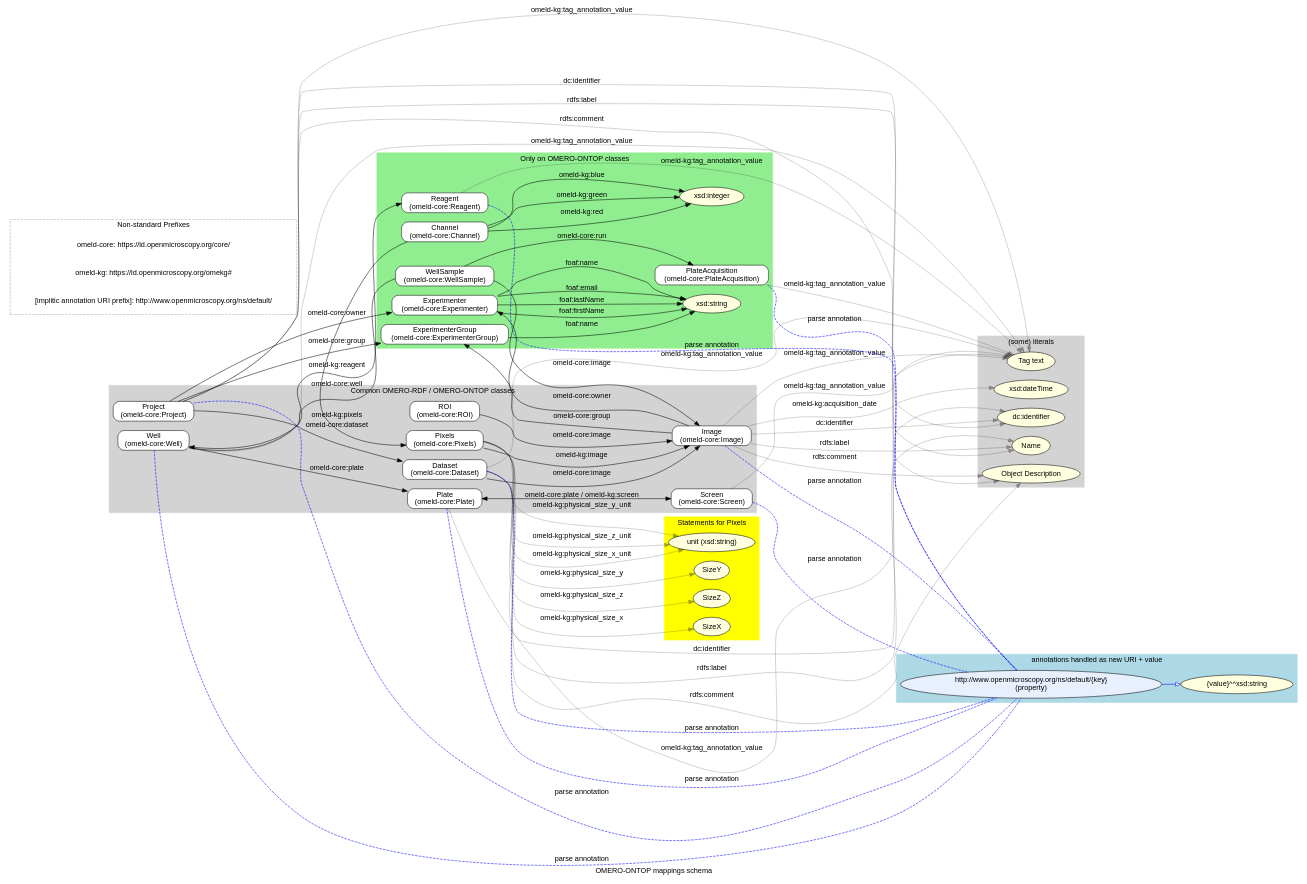
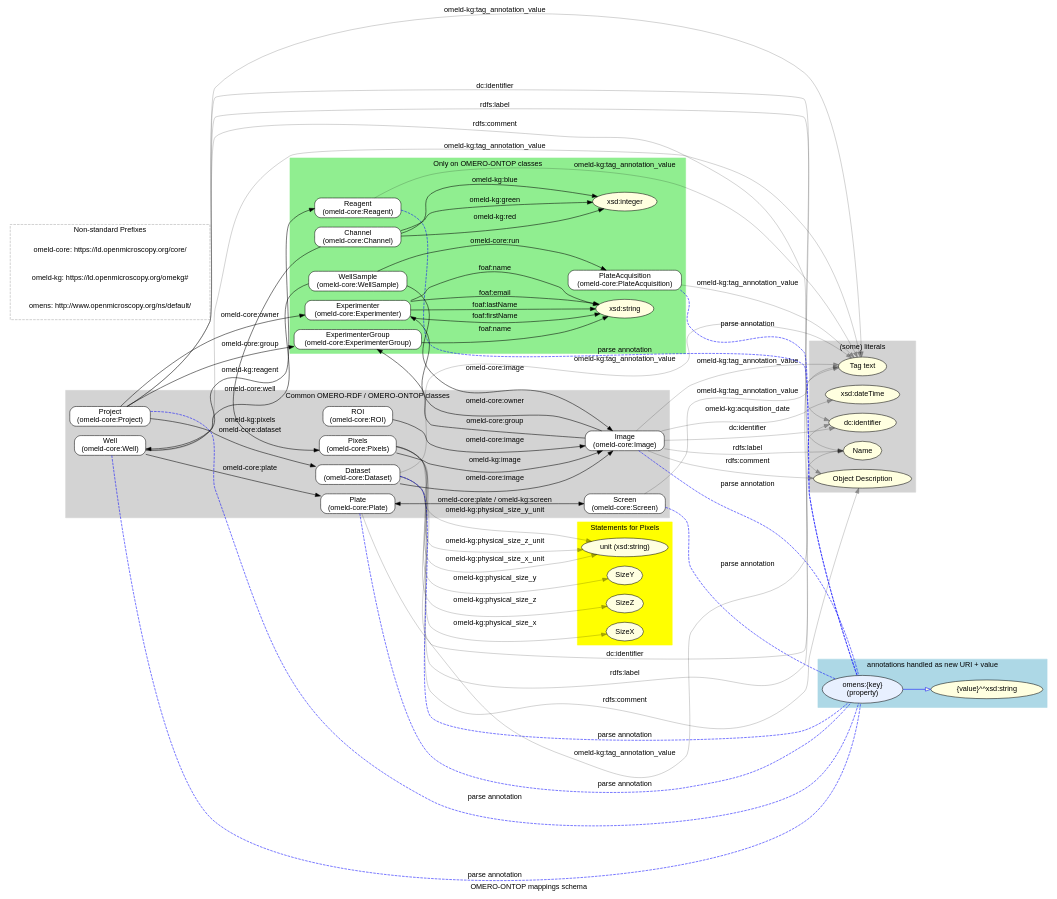
Before and after one commit to lubianat/omero-ontop-to-rdf-comparisons: the diagram in omero-ontop-graphviz.dot, drawn with Graphviz. The commit also changed 1 other file, not shown here.

Commit message:
update omero-ontop figure

```diff
--- a/omero-ontop-graphviz.dot
+++ b/omero-ontop-graphviz.dot
@@ -179,7 +179,7 @@
         style = filled;
         
         // Style for flattened annotation literal targets
-        "KV handling" [shape = ellipse;style = "filled";fillcolor = "#e8f0ff";label = "http://www.openmicroscopy.org/ns/default/{key}\n (property)";];
+        "KV handling" [shape = ellipse;style = "filled";fillcolor = "#e8f0ff";label = "omens:{key}\n (property)";];
         
         "KV handling" -> "{value}^^xsd:string" [shape = ellipse; style = "filled"; fillcolor = "lightyellow";];
         
@@ -200,6 +200,6 @@
         
         pref3 [shape = plaintext;label = "omeld-core: https://ld.openmicroscopy.org/core/";];
         pref4 [shape = plaintext;label = "omeld-kg: https://ld.openmicroscopy.org/omekg#";];
-        pref5 [shape = plaintext;label = "[implitic annotation URI prefix]: http://www.openmicroscopy.org/ns/default/";];
+        pref5 [shape = plaintext;label = "omens: http://www.openmicroscopy.org/ns/default/";];
     }
 }
```
